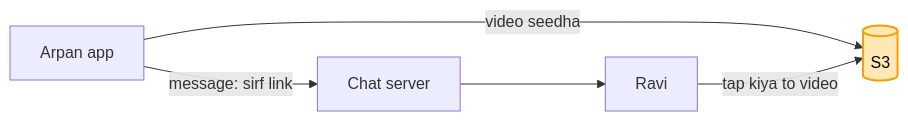
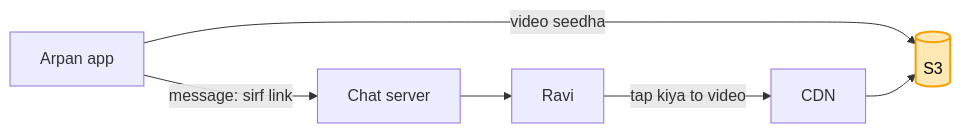
The tenth of 11 diagrams in 04_HLD/SYSTEM_DESIGNS/14_chat_messaging/14_chat_messaging.md (ArpanMaheshwari144/Prep), drawn with Mermaid before and after one commit. The commit also changed other lines of this file and 1 other file, not shown here.

Commit message:
audit: banking + chat ki seedhi galtiyan (Postgres error, message number, diagram teer, CDN, last_seen)

````diff
--- a/04_HLD/SYSTEM_DESIGNS/14_chat_messaging/14_chat_messaging.md
+++ b/04_HLD/SYSTEM_DESIGNS/14_chat_messaging/14_chat_messaging.md
@@ -416,7 +416,8 @@
 ```mermaid
 flowchart LR
     A["Arpan app"] -- "video seedha" --> S3[("S3")]
     A -- "message: sirf link" --> S["Chat server"] --> RV["Ravi"]
-    RV -- "tap kiya to video" --> S3
+    RV -- "tap kiya to video" --> CDN["CDN"]
+    CDN --> S3
     style S3 fill:#ffe8b3,stroke:#f59f00,stroke-width:2px,color:#000
 ```
````
